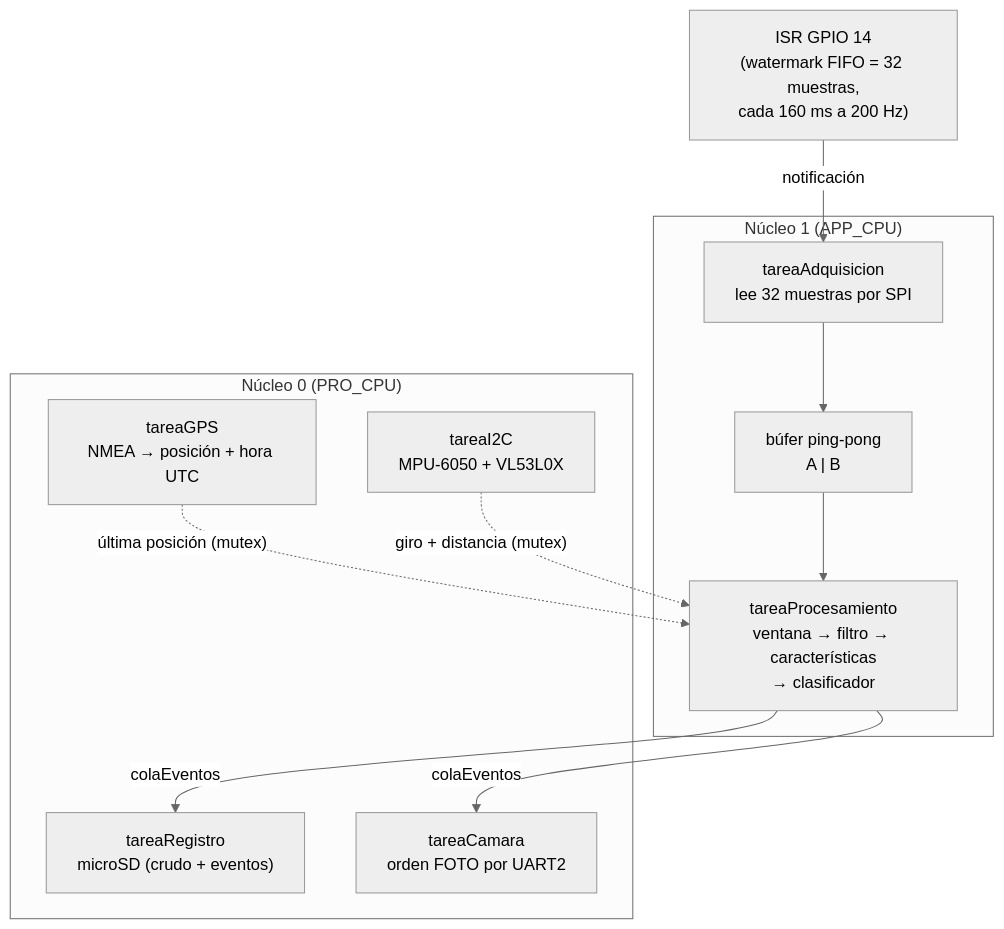
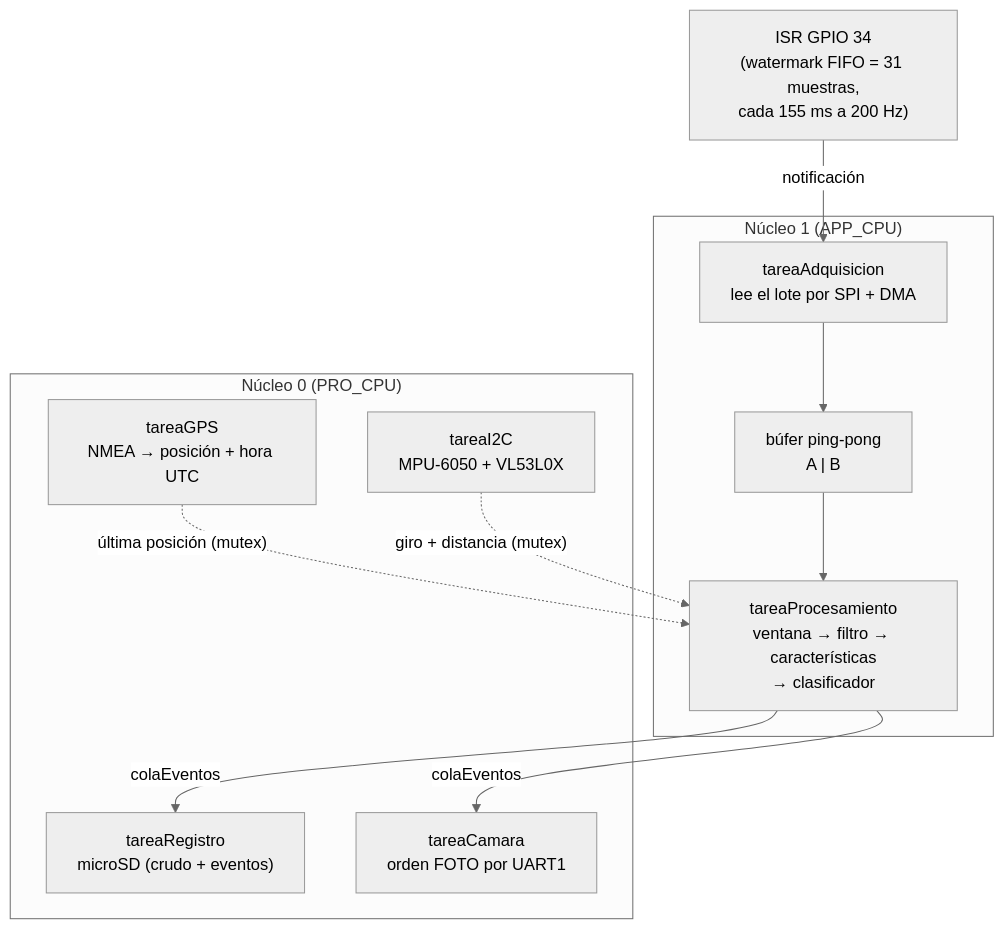
The second of 3 diagrams in docs/diagramas/01_arquitectura.md (via-viva-usta/via-viva), drawn with Mermaid (neutral theme) before and after one commit. The commit also changed other lines of this file and 14 other files, not shown here.

````diff
--- a/docs/diagramas/01_arquitectura.md
+++ b/docs/diagramas/01_arquitectura.md
@@ -60,18 +60,18 @@
 ```mermaid
 flowchart TB
-    INT["ISR GPIO 14<br/>(watermark FIFO = 32 muestras,<br/>cada 160 ms a 200 Hz)"] -- "notificación" --> TA
+    INT["ISR GPIO 34<br/>(watermark FIFO = 31 muestras,<br/>cada 155 ms a 200 Hz)"] -- "notificación" --> TA
     subgraph N1["Núcleo 1 (APP_CPU)"]
-        TA["tareaAdquisicion<br/>lee 32 muestras por SPI"] --> PP["búfer ping-pong<br/>A | B"]
+        TA["tareaAdquisicion<br/>lee el lote por SPI + DMA"] --> PP["búfer ping-pong<br/>A | B"]
         PP --> TP["tareaProcesamiento<br/>ventana → filtro → características<br/>→ clasificador"]
     end
     subgraph N0["Núcleo 0 (PRO_CPU)"]
         TG["tareaGPS<br/>NMEA → posición + hora UTC"]
         TS["tareaRegistro<br/>microSD (crudo + eventos)"]
-        TC["tareaCamara<br/>orden FOTO por UART2"]
+        TC["tareaCamara<br/>orden FOTO por UART1"]
         TI["tareaI2C<br/>MPU-6050 + VL53L0X"]
     end
     TP -- "colaEventos" --> TS
     TP -- "colaEventos" --> TC
     TG -. "última posición (mutex)" .-> TP
     TI -. "giro + distancia (mutex)" .-> TP
 ```
````
